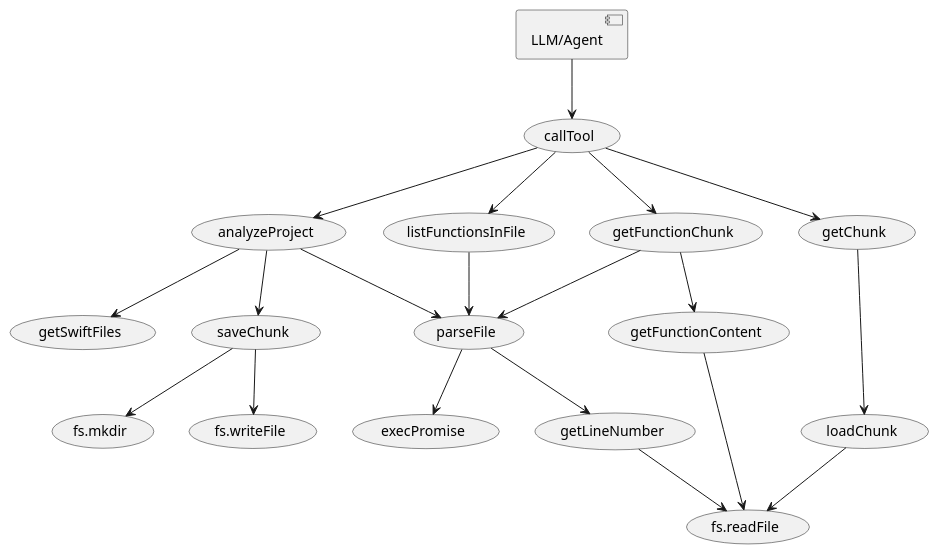
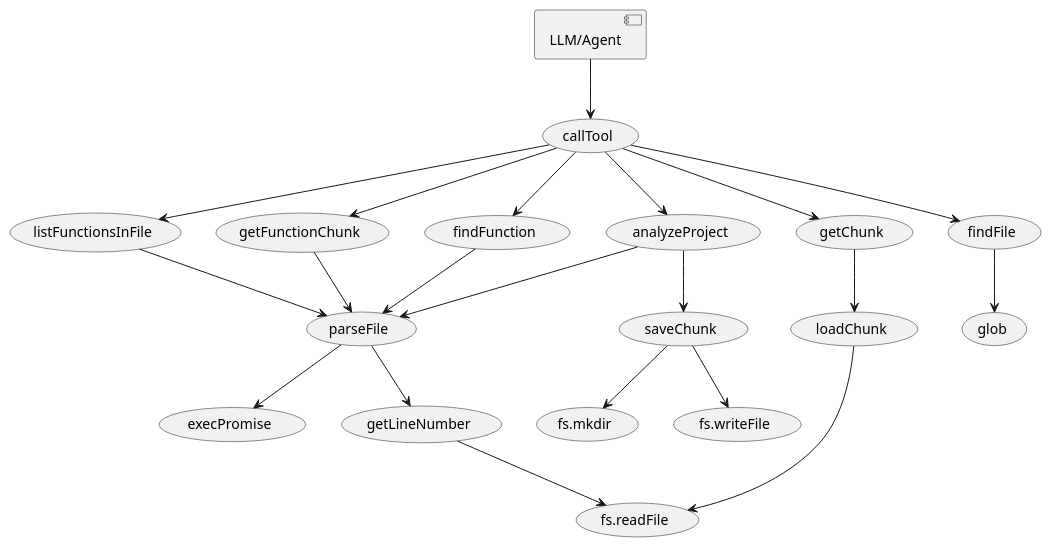
One commit to aoitan/project-analyzer-mcp changed the diagram in doc/diagrams/call_graph_diagram.puml. Above: the diagram before and after it, drawn with PlantUML. The commit also changed 11 other files, not shown here.

First line of the commit message:
docs: プロジェクトの現状に合わせてドキュメントと設計図を更新

```diff
--- a/doc/diagrams/call_graph_diagram.puml
+++ b/doc/diagrams/call_graph_diagram.puml
@@ -1,35 +1,35 @@
 @startuml
 
 [LLM/Agent] --> (callTool)
 
 (callTool) --> (analyzeProject)
 (callTool) --> (getChunk)
 (callTool) --> (listFunctionsInFile)
 (callTool) --> (getFunctionChunk)
+(callTool) --> (findFile)
+(callTool) --> (findFunction)
 
-(analyzeProject) --> (getSwiftFiles)
 (analyzeProject) --> (parseFile)
-
 (analyzeProject) --> (saveChunk)
 
 (getChunk) --> (loadChunk)
 
 (listFunctionsInFile) --> (parseFile)
 
 (getFunctionChunk) --> (parseFile)
-(getFunctionChunk) --> (getFunctionContent)
+
+(findFile) --> (glob)
+
+(findFunction) --> (parseFile)
 
 (parseFile) --> (execPromise)
 (parseFile) --> (getLineNumber)
 
 (getLineNumber) --> (fs.readFile)
-
-(getFunctionContent) --> (fs.readFile)
-
 
 (saveChunk) --> (fs.mkdir)
 (saveChunk) --> (fs.writeFile)
 
 (loadChunk) --> (fs.readFile)
 
 @enduml
```
